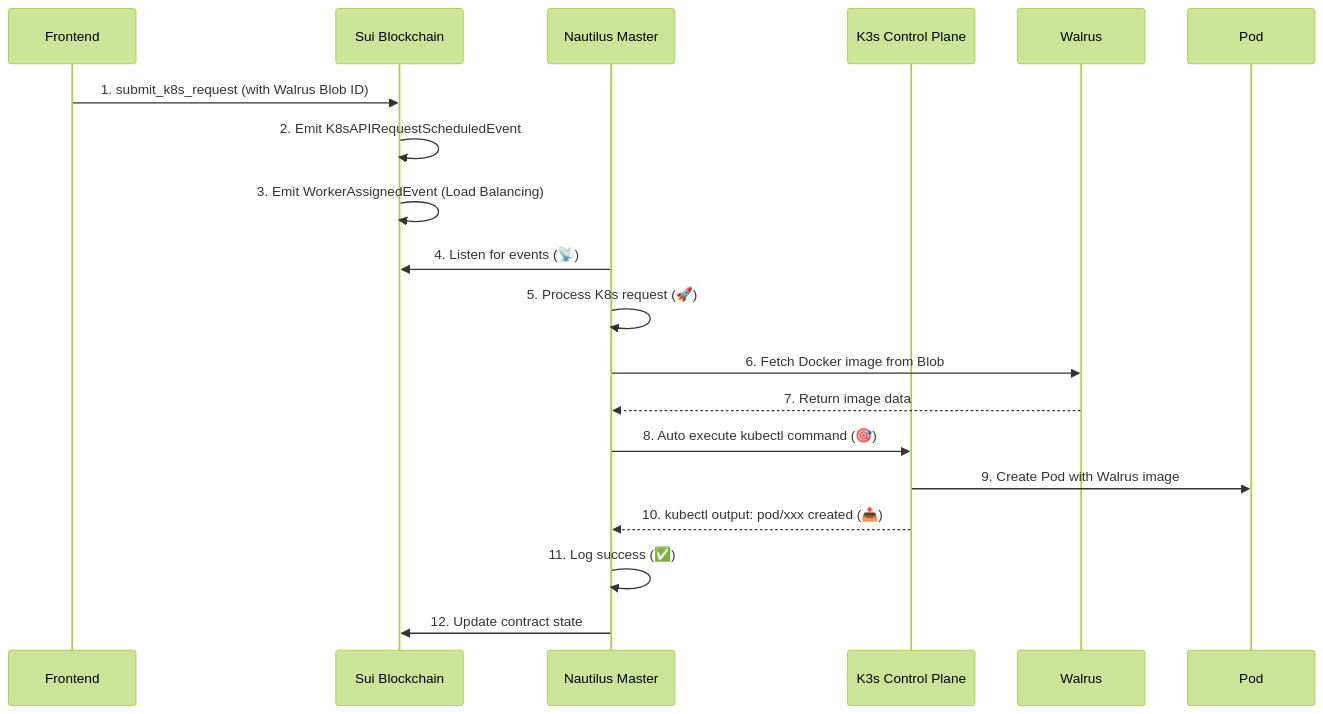
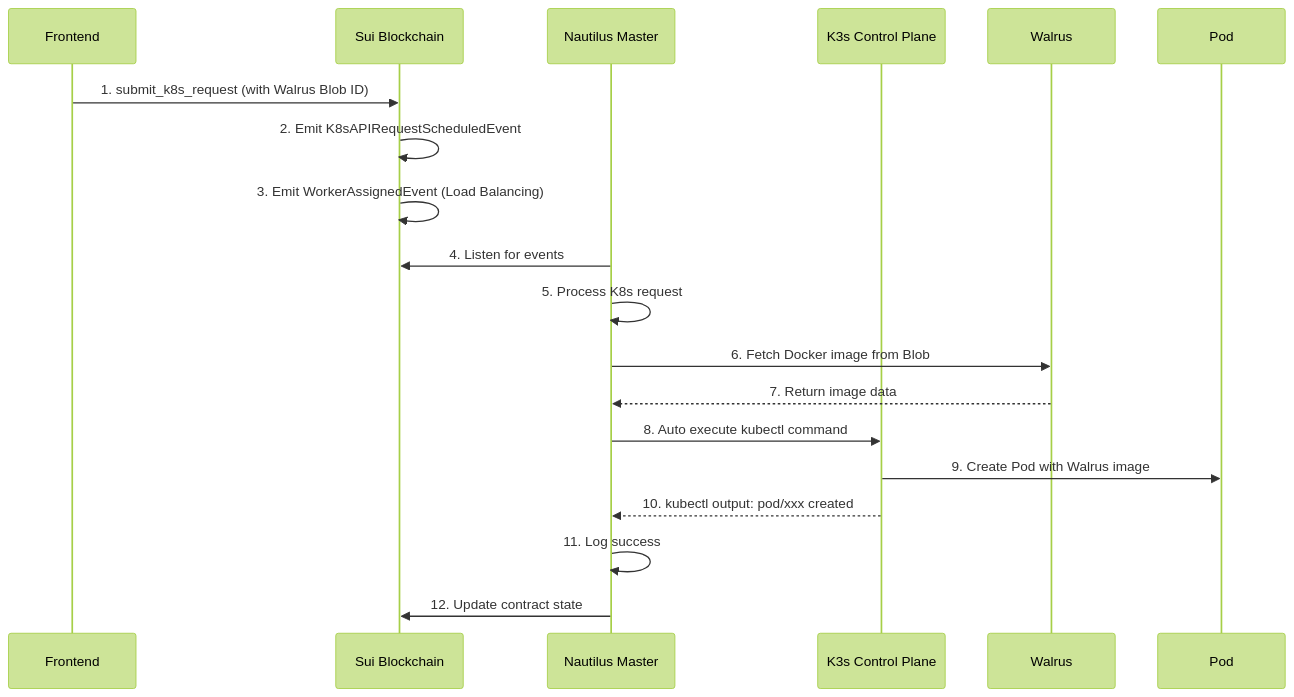
One commit to DAAS-Vader/.github changed the sixth of 6 diagrams in profile/readme.md. Above: the diagram before and after it, drawn with Mermaid (forest theme). The commit also changed other lines of this file, not shown here.

````diff
--- a/profile/readme.md
+++ b/profile/readme.md
@@ -266,22 +266,22 @@
 ```mermaid
 sequenceDiagram
     participant F as Frontend
     participant B as Sui Blockchain
     participant N as Nautilus Master
     participant K as K3s Control Plane
     participant W as Walrus
     participant P as Pod
 
     F->>B: 1. submit_k8s_request (with Walrus Blob ID)
     B->>B: 2. Emit K8sAPIRequestScheduledEvent
     B->>B: 3. Emit WorkerAssignedEvent (Load Balancing)
-    N->>B: 4. Listen for events (📡)
-    N->>N: 5. Process K8s request (🚀)
+    N->>B: 4. Listen for events 
+    N->>N: 5. Process K8s request 
     N->>W: 6. Fetch Docker image from Blob
     W-->>N: 7. Return image data
-    N->>K: 8. Auto execute kubectl command (🎯)
+    N->>K: 8. Auto execute kubectl command 
     K->>P: 9. Create Pod with Walrus image
-    K-->>N: 10. kubectl output: pod/xxx created (📤)
-    N->>N: 11. Log success (✅)
+    K-->>N: 10. kubectl output: pod/xxx created 
+    N->>N: 11. Log success 
     N->>B: 12. Update contract state
 ```
````
